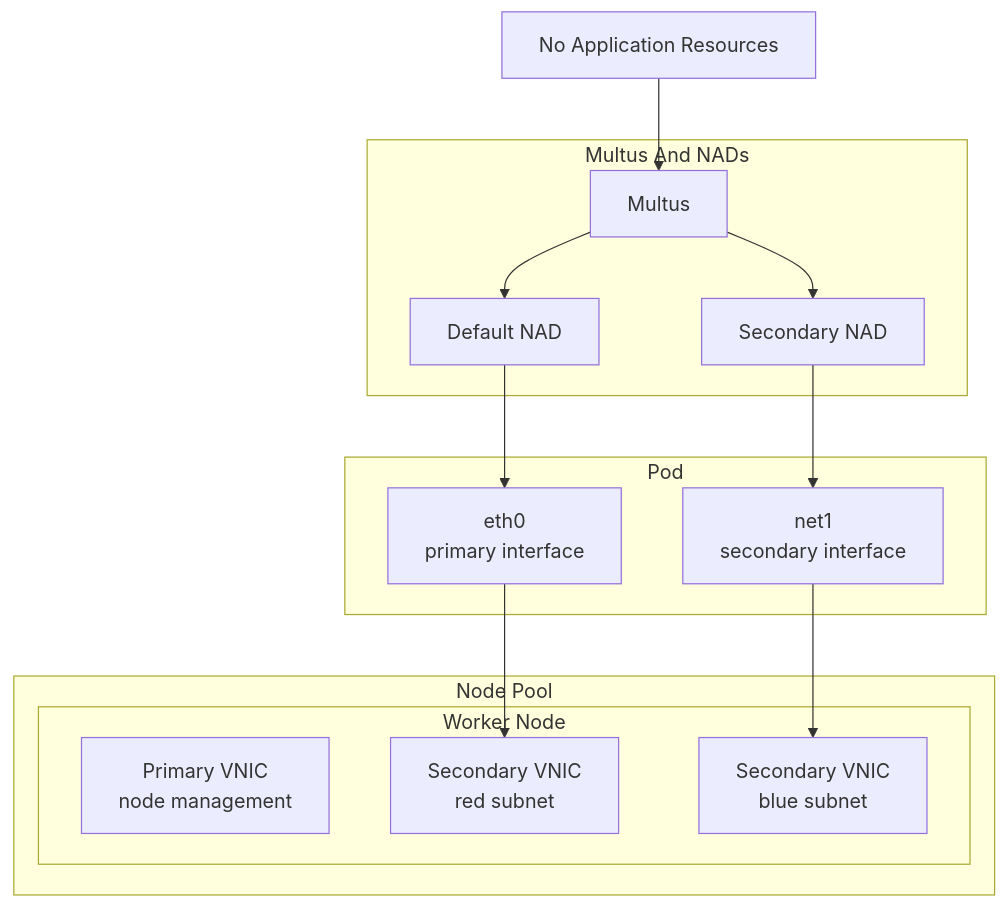
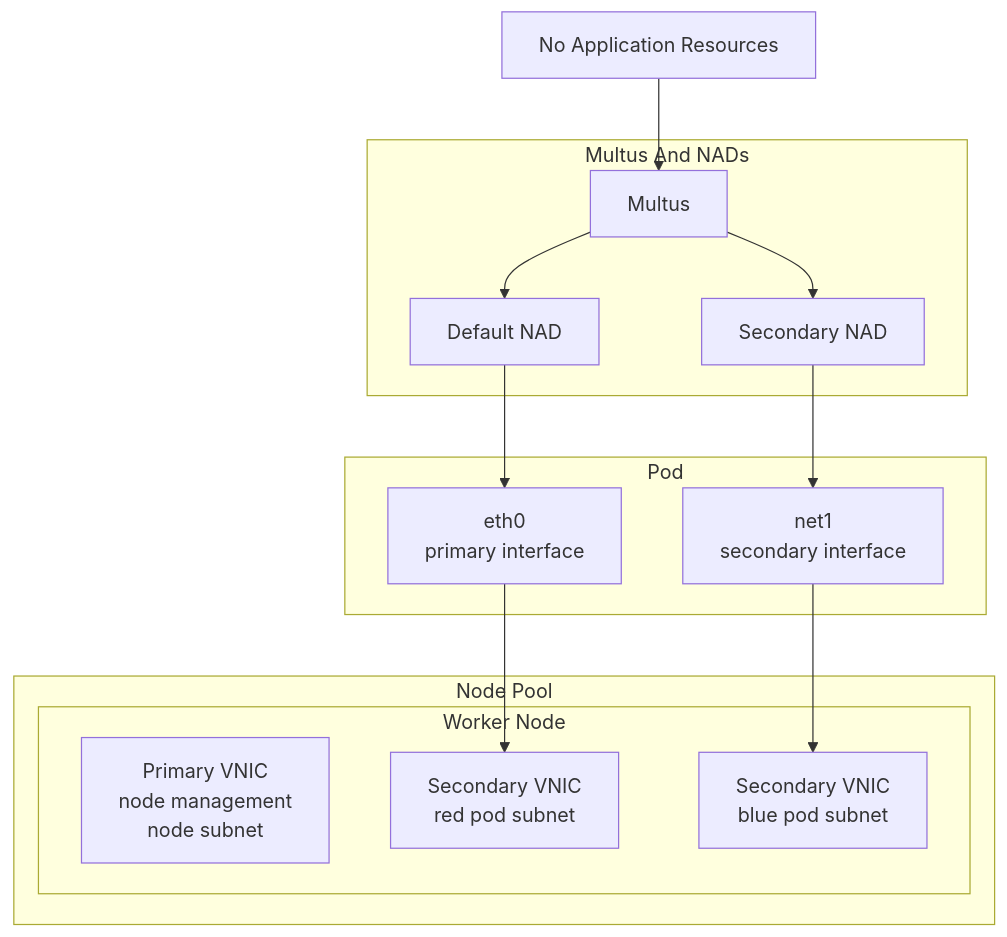
One commit to chiphwang1/gva_docs changed the third of 3 diagrams in combined.md. Above: the diagram before and after it, drawn with Mermaid. The commit also changed other lines of this file, not shown here.

Commit message:
Tighten GVA architecture guidance

````diff
--- a/combined.md
+++ b/combined.md
@@ -418,36 +424,37 @@
 ```mermaid
 flowchart TB
     subgraph NP["Node Pool"]
         subgraph N1["Worker Node"]
             PV["Primary VNIC
-node management"]
+node management
+node subnet"]
             VR["Secondary VNIC
-red subnet"]
+red pod subnet"]
             VB["Secondary VNIC
-blue subnet"]
+blue pod subnet"]
         end
     end
 
     subgraph CNI["Multus And NADs"]
         M["Multus"]
         NAD1["Default NAD"]
         NAD2["Secondary NAD"]
     end
 
     subgraph POD["Pod"]
         ETH0["eth0
 primary interface"]
         NET1["net1
 secondary interface"]
     end
 
     NOTE["No Application Resources"]
 
     M --> NAD1
     M --> NAD2
     NAD1 --> ETH0
     NAD2 --> NET1
     ETH0 --> VR
     NET1 --> VB
     NOTE --> M
 ```
````
